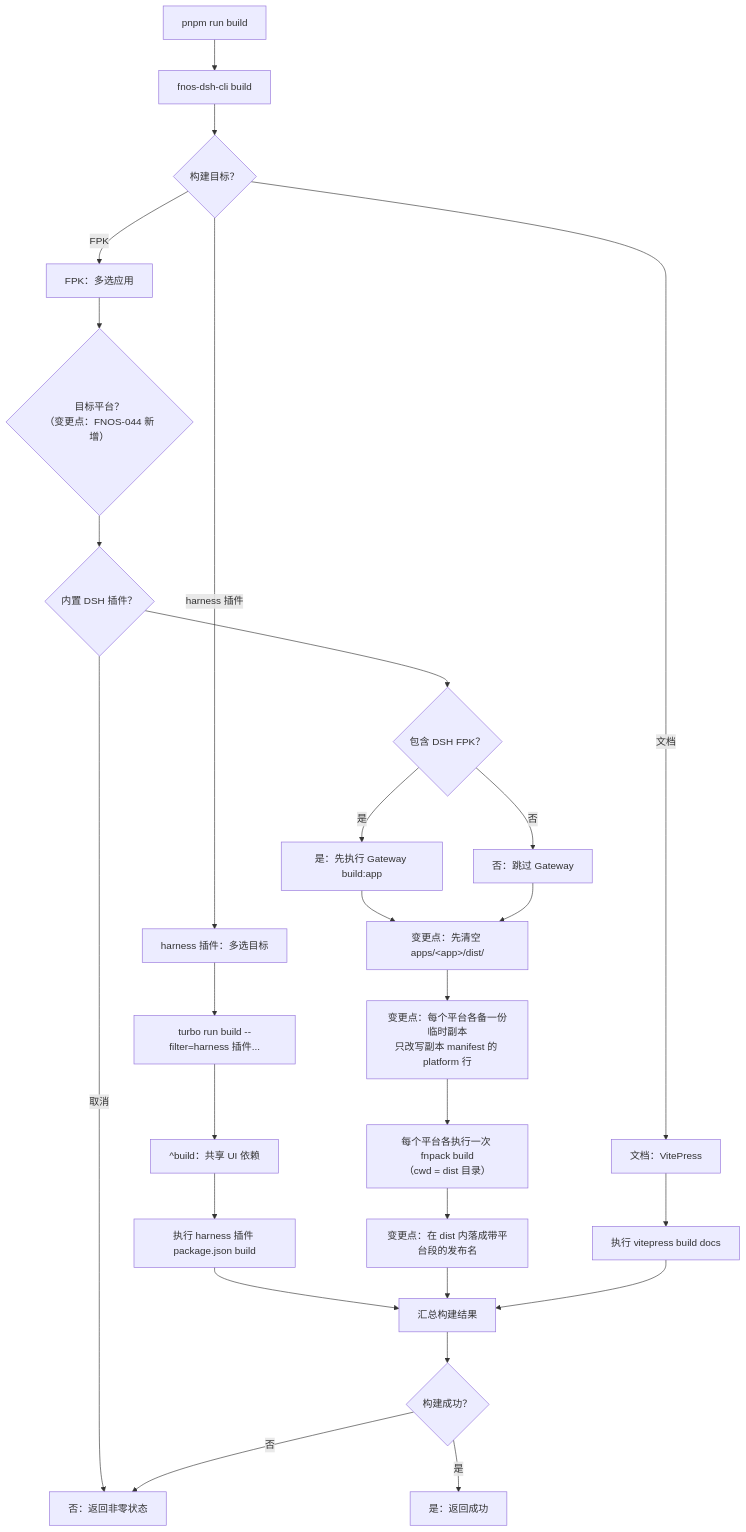
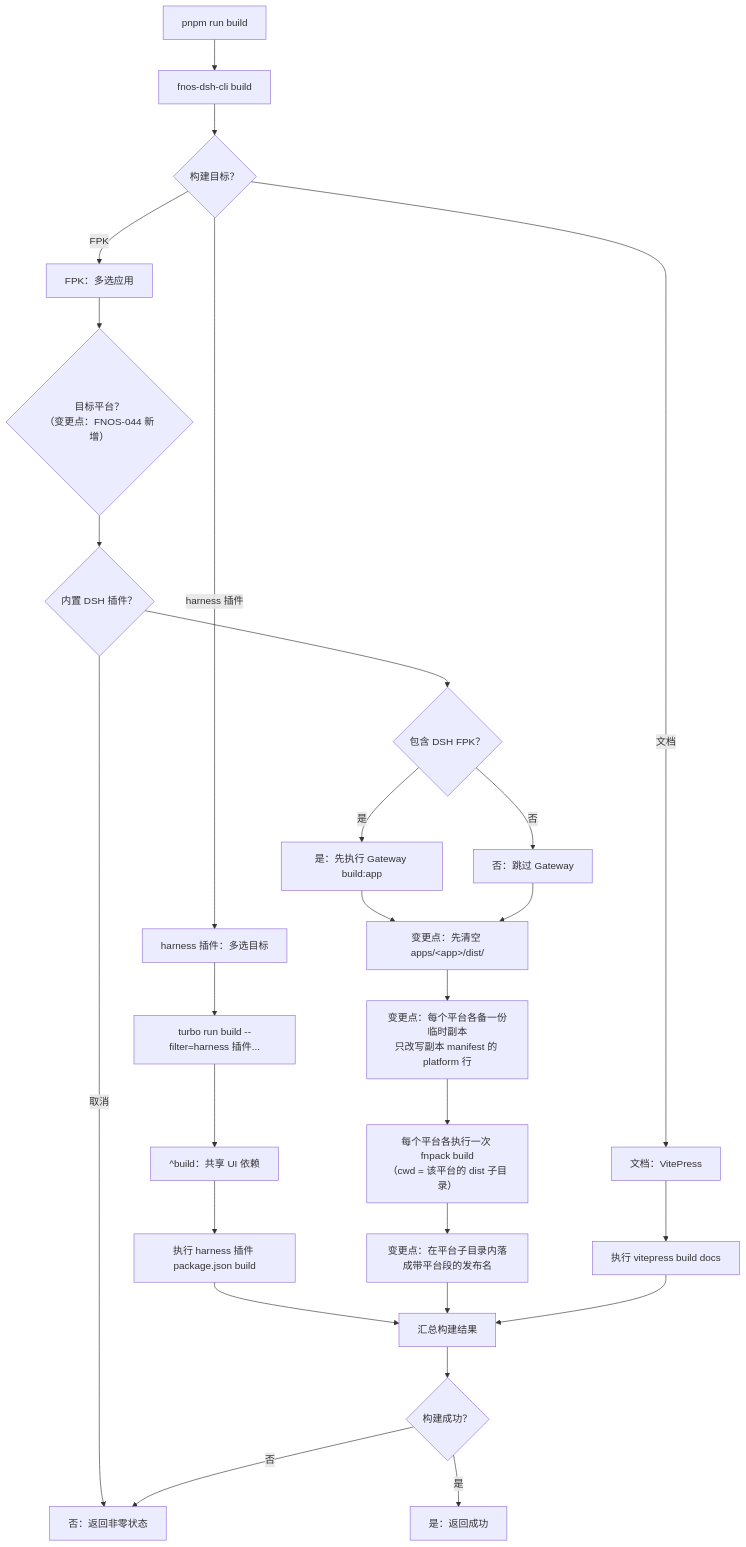
One commit to FNOSP/fnos-dsh changed the second of 9 diagrams in docs/development/turbo-tasks.md. Above: the diagram before and after it, drawn with Mermaid. The commit also changed other lines of this file and 16 other files, not shown here.

First line of the commit message:
feat(build): 产物改为按平台分子目录落 dist

````diff
--- a/docs/development/turbo-tasks.md
+++ b/docs/development/turbo-tasks.md
@@ -82,44 +82,44 @@
 ```mermaid
 flowchart TD
   command["pnpm run build"]
   cli["fnos-dsh-cli build"]
   select{"构建目标？"}
   fpk["FPK：多选应用"]
   docs["文档：VitePress"]
   plugins["harness 插件：多选目标"]
   platform{"目标平台？<br/>（变更点：FNOS-044 新增）"}
   bundle{"内置 DSH 插件？"}
   pluginFilter["turbo run build --filter=harness 插件..."]
   pluginDeps["^build：共享 UI 依赖"]
   pluginRun["执行 harness 插件 package.json build"]
   fpkStatus{"包含 DSH FPK？"}
   gateway["是：先执行 Gateway build:app"]
   fpkSkip["否：跳过 Gateway"]
   clear["变更点：先清空 apps/&lt;app&gt;/dist/"]
   stage["变更点：每个平台各备一份临时副本<br/>只改写副本 manifest 的 platform 行"]
-  fpkRun["每个平台各执行一次 fnpack build<br/>（cwd = dist 目录）"]
-  finalize["变更点：在 dist 内落成带平台段的发布名"]
+  fpkRun["每个平台各执行一次 fnpack build<br/>（cwd = 该平台的 dist 子目录）"]
+  finalize["变更点：在平台子目录内落成带平台段的发布名"]
   docsRun["执行 vitepress build docs"]
   summary["汇总构建结果"]
   status{"构建成功？"}
   result["是：返回成功"]
   fail["否：返回非零状态"]
 
   command --> cli --> select
   select -->|FPK| fpk
   select -->|文档| docs
   select -->|harness 插件| plugins
   plugins --> pluginFilter --> pluginDeps --> pluginRun --> summary
   fpk --> platform --> bundle
   bundle -->|取消| fail
   bundle --> fpkStatus
   fpkStatus -->|是| gateway
   fpkStatus -->|否| fpkSkip
   gateway --> clear
   fpkSkip --> clear
   clear --> stage --> fpkRun --> finalize --> summary
   docs --> docsRun --> summary
   summary --> status
   status -->|是| result
   status -->|否| fail
 ```
````
